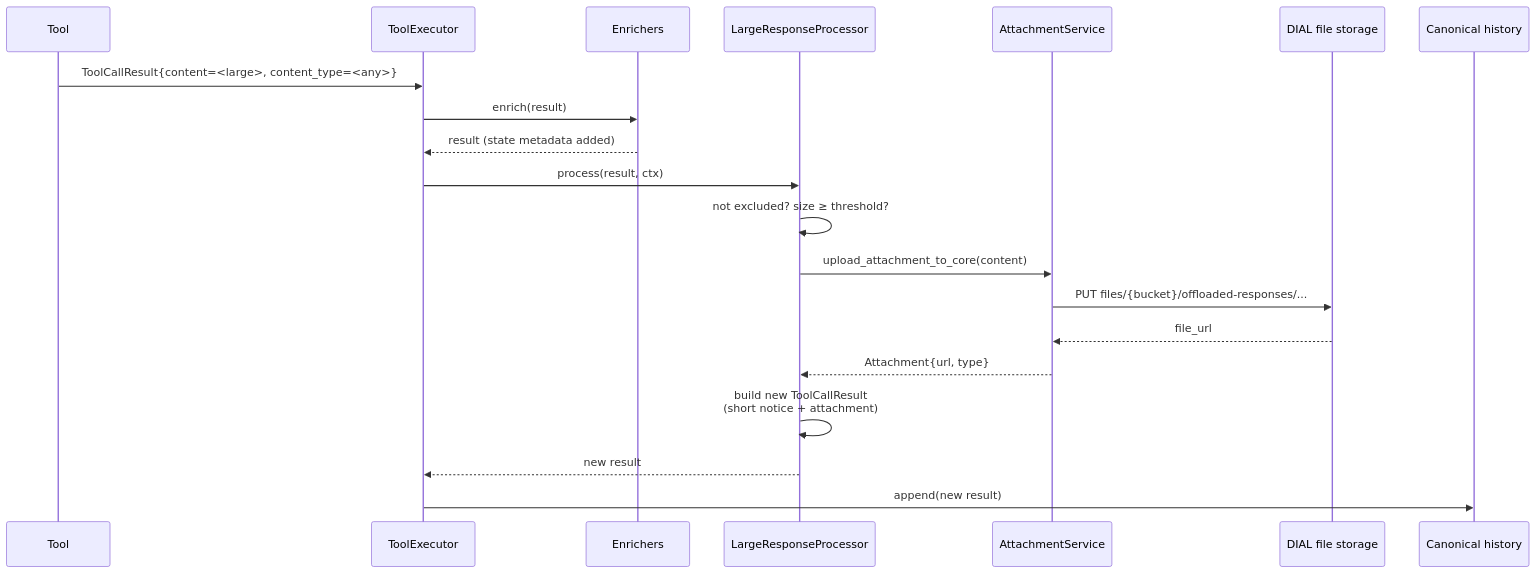
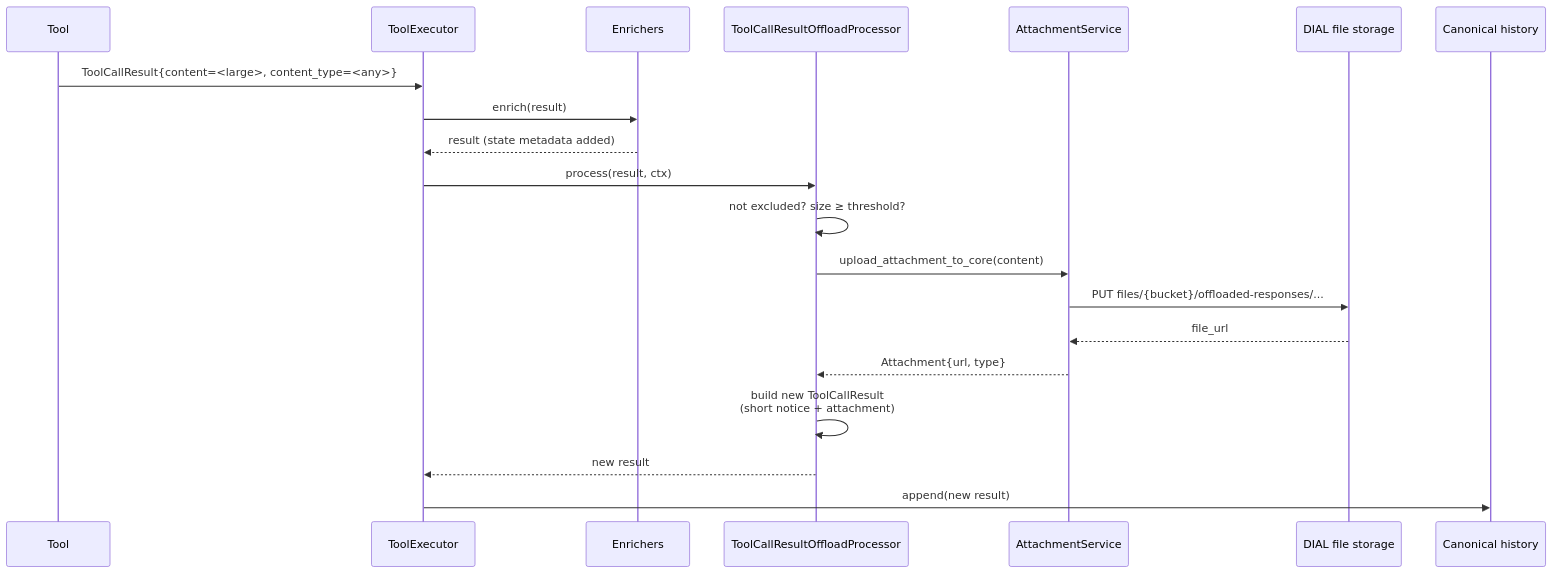
One commit to epam/ai-dial-quickapps-backend changed the third of 4 diagrams in docs/designs/large_tool_responses.md. Above: the diagram before and after it, drawn with Mermaid. The commit also changed other lines of this file and 31 other files, not shown here.

````diff
--- a/docs/designs/large_tool_responses.md
+++ b/docs/designs/large_tool_responses.md
@@ -230,23 +235,23 @@
 ```mermaid
 sequenceDiagram
     participant Tool
     participant TE as ToolExecutor
     participant Enr as Enrichers
-    participant LRP as LargeResponseProcessor
+    participant LRP as ToolCallResultOffloadProcessor
     participant AS as AttachmentService
     participant DIAL as DIAL file storage
     participant Hist as Canonical history
 
     Tool->>TE: ToolCallResult{content=<large>, content_type=<any>}
     TE->>Enr: enrich(result)
     Enr-->>TE: result (state metadata added)
     TE->>LRP: process(result, ctx)
     LRP->>LRP: not excluded? size ≥ threshold?
     LRP->>AS: upload_attachment_to_core(content)
     AS->>DIAL: PUT files/{bucket}/offloaded-responses/...
     DIAL-->>AS: file_url
     AS-->>LRP: Attachment{url, type}
     LRP->>LRP: build new ToolCallResult<br/>(short notice + attachment)
     LRP-->>TE: new result
     TE->>Hist: append(new result)
 ```
````
